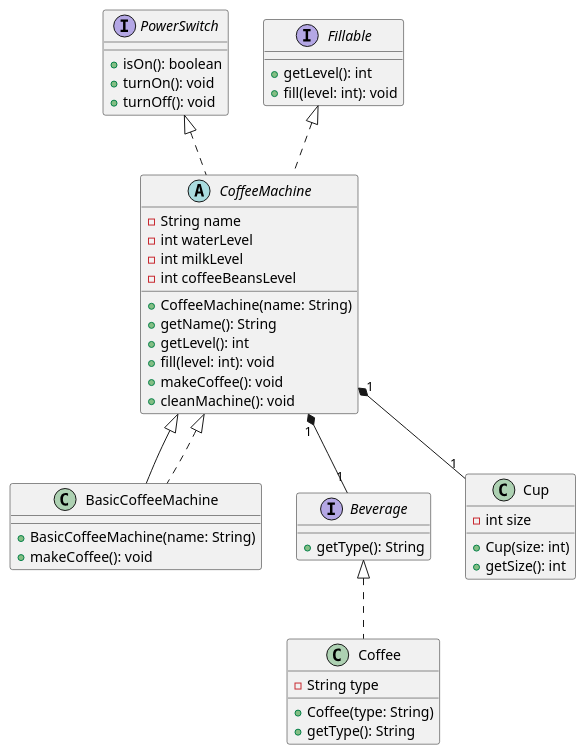
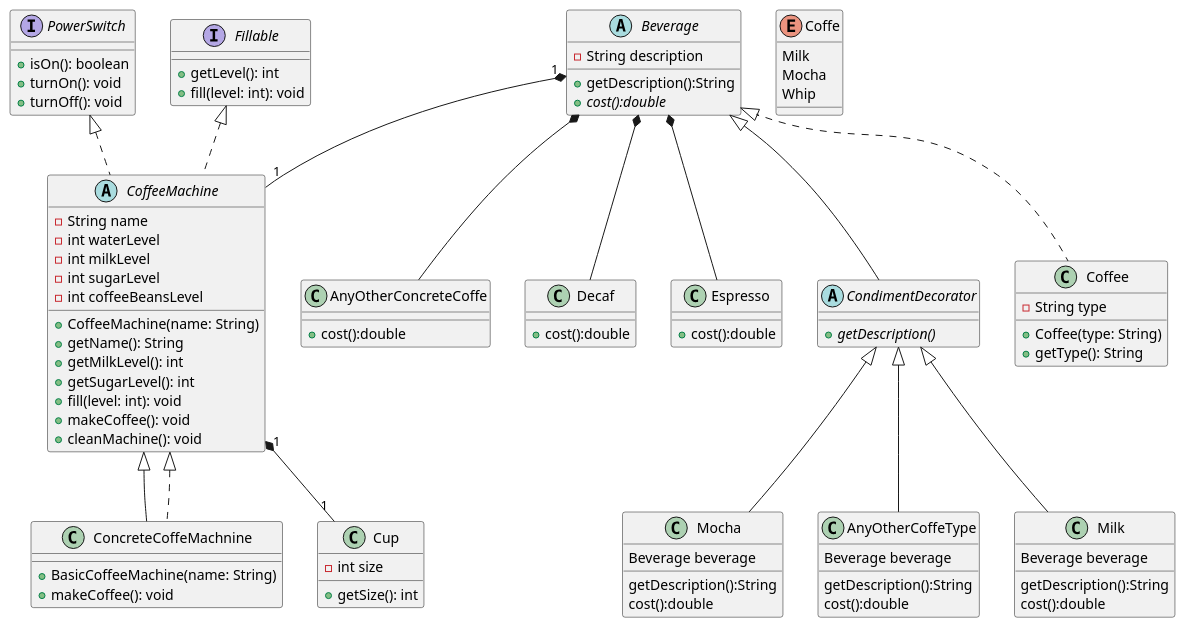
Before and after one commit to TSaavaMate/designPrincipes: the diagram in designs/services/cofeeMachine/coffeMachine.puml, drawn with PlantUML. The commit also changed 26 other files, not shown here.

```diff
--- a/designs/services/cofeeMachine/coffeMachine.puml
+++ b/designs/services/cofeeMachine/coffeMachine.puml
@@ -1,52 +1,92 @@
 @startuml
 
 interface PowerSwitch {
   + isOn(): boolean
   + turnOn(): void
   + turnOff(): void
 }
 
 interface Fillable {
   + getLevel(): int
   + fill(level: int): void
 }
 
 abstract class CoffeeMachine implements PowerSwitch, Fillable {
   - String name
   - int waterLevel
   - int milkLevel
+  -int sugarLevel
   - int coffeeBeansLevel
   + CoffeeMachine(name: String)
   + getName(): String
-  + getLevel(): int
+  + getMilkLevel(): int
+  + getSugarLevel(): int
   + fill(level: int): void
   + makeCoffee(): void
   + cleanMachine(): void
 }
 
-class BasicCoffeeMachine extends CoffeeMachine {
+class ConcreteCoffeMachnine extends CoffeeMachine {
   + BasicCoffeeMachine(name: String)
   + makeCoffee(): void
 }
 
-interface Beverage {
-  + getType(): String
+abstract class Beverage{
+    -String description
+    + getDescription():String
+    +{abstract} cost():double
 }
+class AnyOtherConcreteCoffe{
+    + cost():double
+}
+class Decaf{
+    + cost():double
+}
+class Espresso{
+    + cost():double
+
+}
+
+abstract class CondimentDecorator extends Beverage {
+    +{abstract} getDescription()
+}
+class Mocha extends CondimentDecorator{
+    Beverage beverage
+    getDescription():String
+    cost():double
+}
+class AnyOtherCoffeType extends CondimentDecorator{
+    Beverage beverage
+    getDescription():String
+    cost():double
+}
+class Milk extends CondimentDecorator{
+    Beverage beverage
+    getDescription():String
+    cost():double
+}
+enum Coffe {
+Milk
+Mocha
+Whip
+}
+Beverage  *--  Espresso
+Beverage  *--  Decaf
+Beverage  *--  AnyOtherConcreteCoffe
 
 class Coffee implements Beverage {
   - String type
   + Coffee(type: String)
   + getType(): String
 }
 
 class Cup {
   - int size
-  + Cup(size: int)
   + getSize(): int
 }
 
-CoffeeMachine <|.. BasicCoffeeMachine
-CoffeeMachine "1" *-- "1" Beverage
+CoffeeMachine <|.. ConcreteCoffeMachnine
+Beverage  "1" *-- "1" CoffeeMachine
 CoffeeMachine "1" *-- "1" Cup
 
 @enduml
```
